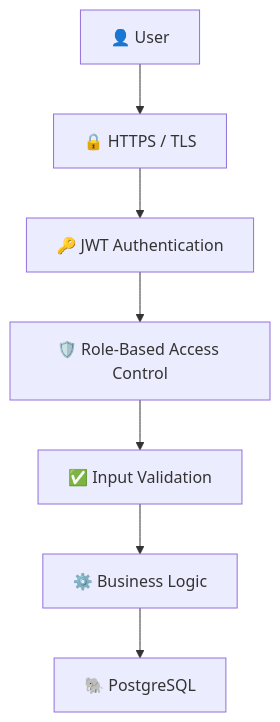
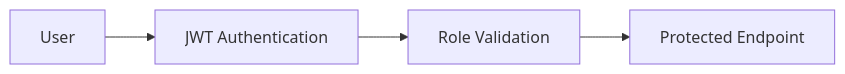
Diagram 20 of 30 in support_ai_project_architecture.md (Prithunandananks/SupportAI), drawn with Mermaid before and after one commit. The commit also changed other lines of this file, not shown here.

````diff
--- a/support_ai_project_architecture.md
+++ b/support_ai_project_architecture.md
@@ -1300,24 +2901,17 @@
 ```mermaid
-flowchart TB
+flowchart LR
 
-User["👤 User"]
+User["User"]
 
-HTTPS["🔒 HTTPS / TLS"]
+JWT["JWT Authentication"]
 
-JWT["🔑 JWT Authentication"]
+RBAC["Role Validation"]
 
-RBAC["🛡️ Role-Based Access Control"]
+Endpoint["Protected Endpoint"]
 
-Validation["✅ Input Validation"]
+User --> JWT
 
-Business["⚙️ Business Logic"]
+JWT --> RBAC
 
-Database["🐘 PostgreSQL"]
-
-User --> HTTPS
-HTTPS --> JWT
-JWT --> RBAC
-RBAC --> Validation
-Validation --> Business
-Business --> Database
+RBAC --> Endpoint
 ```
````
